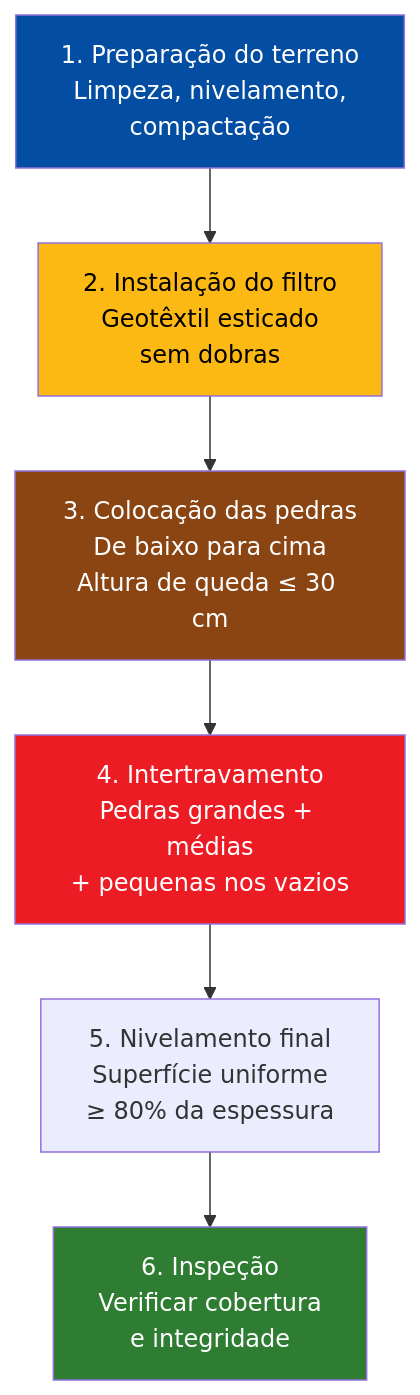
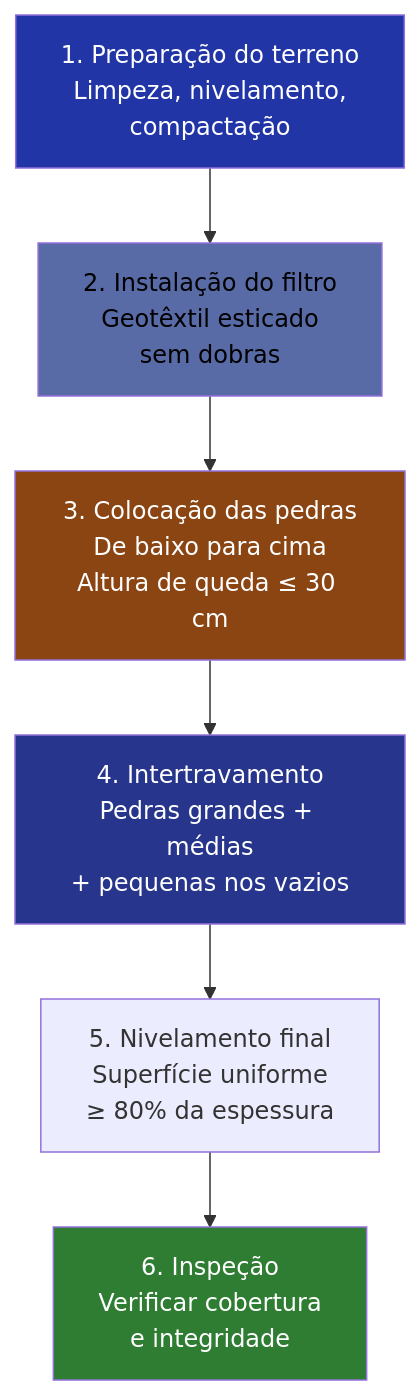
Before and after one commit to ldvsantos/cv: the fifth of 7 diagrams in aulas/bioengenharia_de_solos/aulas/parede_krainer/parede_krainer.qmd, drawn with Mermaid. The commit also changed other lines of this file and 466 other files, not shown here.

````diff
--- a/aulas/bioengenharia_de_solos/aulas/parede_krainer/parede_krainer.qmd
+++ b/aulas/bioengenharia_de_solos/aulas/parede_krainer/parede_krainer.qmd
@@ -720,14 +718,14 @@
 ```{mermaid}
 %%| fig-width: 5.5
 graph TD
     A["1. Preparação do terreno<br>Limpeza, nivelamento,<br>compactação"] --> B["2. Instalação do filtro<br>Geotêxtil esticado<br>sem dobras"]
     B --> C["3. Colocação das pedras<br>De baixo para cima<br>Altura de queda ≤ 30 cm"]
     C --> D["4. Intertravamento<br>Pedras grandes + médias<br>+ pequenas nos vazios"]
     D --> E["5. Nivelamento final<br>Superfície uniforme<br>≥ 80% da espessura"]
     E --> F["6. Inspeção<br>Verificar cobertura<br>e integridade"]
-    style A fill:#034EA2,color:#fff
-    style B fill:#FDB913,color:#000
+    style A fill:#2135A6,color:#fff
+    style B fill:#586BA6,color:#000
     style C fill:#8B4513,color:#fff
-    style D fill:#ED1C24,color:#fff
+    style D fill:#27368C,color:#fff
     style F fill:#2E7D32,color:#fff
 ```
````
